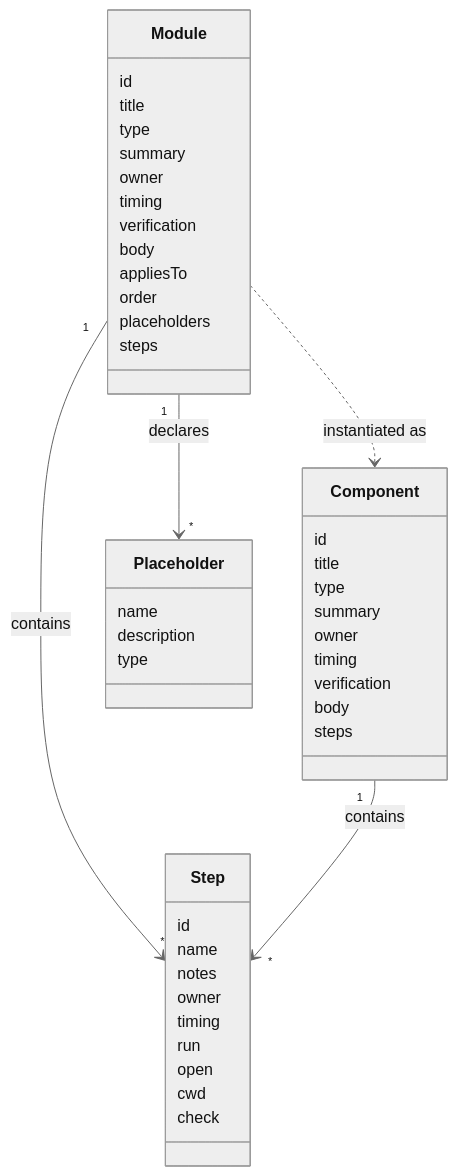
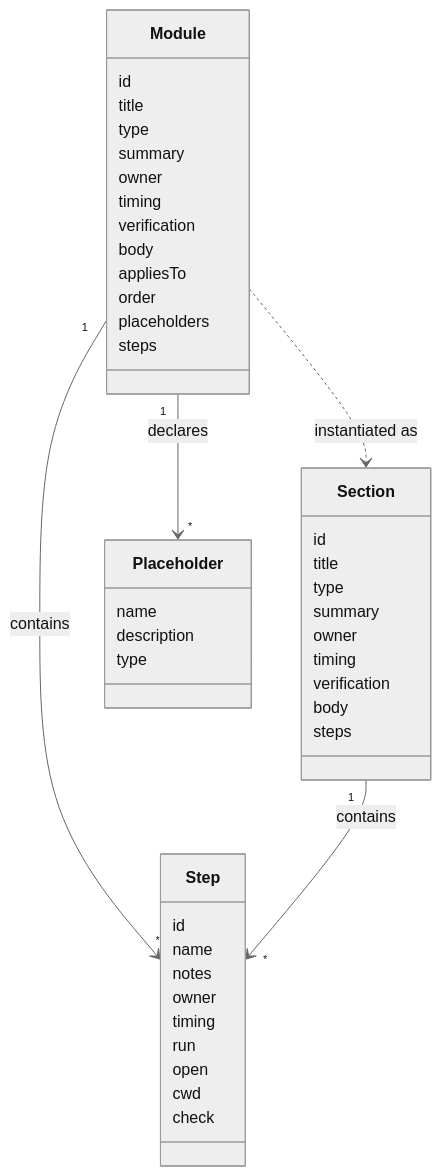
One commit to 8thlight-daveloper/onboard-kit changed the diagram in docs/architecture/05-module-schema.md. Above: the diagram before and after it, drawn with Mermaid (neutral theme). The commit also changed other lines of this file and 2 other files, not shown here.

Commit message:
Rename plan component to section in the schema doc and ACME example

````diff
--- a/docs/architecture/05-module-schema.md
+++ b/docs/architecture/05-module-schema.md
@@ -7,49 +7,49 @@
 ```mermaid
 classDiagram
     class Module {
         id
         title
         type
         summary
         owner
         timing
         verification
         body
         appliesTo
         order
         placeholders
         steps
     }
-    class Component {
+    class Section {
         id
         title
         type
         summary
         owner
         timing
         verification
         body
         steps
     }
     class Step {
         id
         name
         notes
         owner
         timing
         run
         open
         cwd
         check
     }
     class Placeholder {
         name
         description
         type
     }
 
-    Module ..> Component : instantiated as
+    Module ..> Section : instantiated as
     Module "1" --> "*" Placeholder : declares
     Module "1" --> "*" Step : contains
-    Component "1" --> "*" Step : contains
+    Section "1" --> "*" Step : contains
 ```
````
